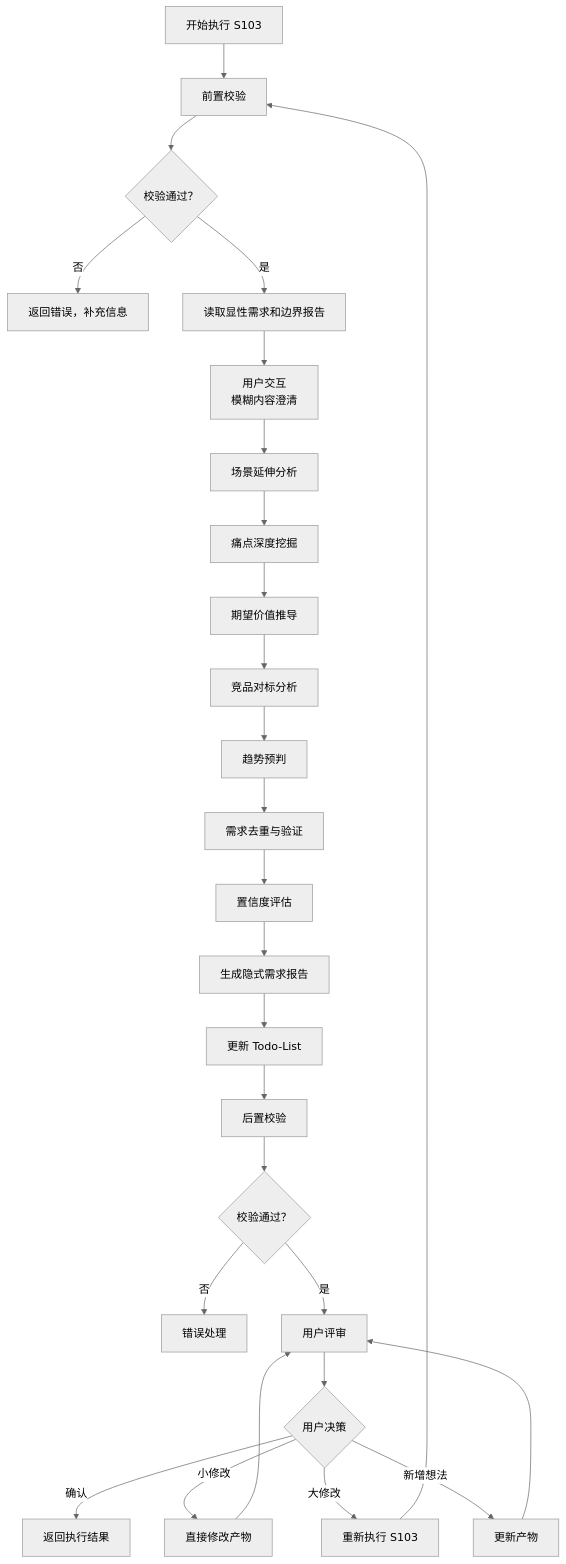
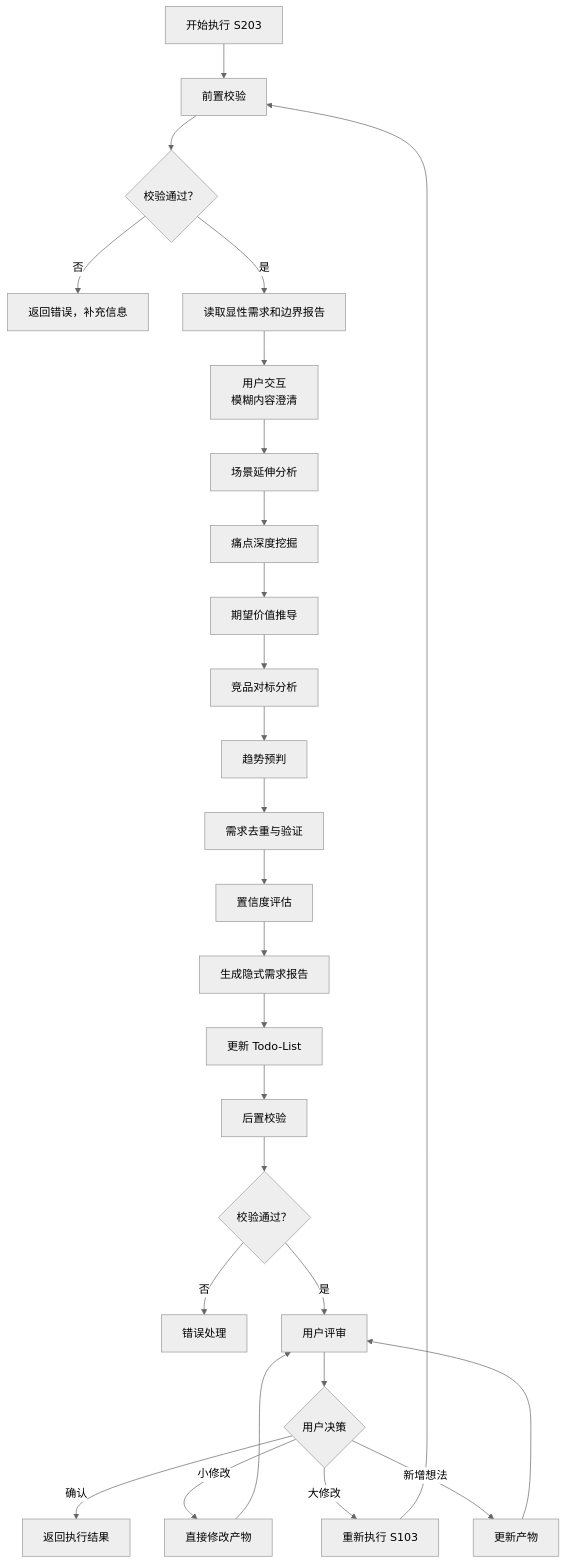
The first of 2 diagrams in skills/s2-implicit/SKILL.md (HeartFlying/swf), drawn with Mermaid (neutral theme) before and after one commit. The commit also changed other lines of this file and 10 other files, not shown here.

````diff
--- a/skills/s2-implicit/SKILL.md
+++ b/skills/s2-implicit/SKILL.md
@@ -85,29 +85,29 @@
 ```mermaid
 flowchart TD
-    Start[开始执行 S103] --> PreCheck[前置校验]
+    Start[开始执行 S203] --> PreCheck[前置校验]
     PreCheck --> CheckResult{校验通过？}
     CheckResult -->|否 | Error[返回错误，补充信息]
     CheckResult -->|是 | Read[读取显性需求和边界报告]
     Read --> Interact[用户交互<br/>模糊内容澄清]
     Interact --> Scenario[场景延伸分析]
     Scenario --> PainPoint[痛点深度挖掘]
     PainPoint --> Value[期望价值推导]
     Value --> Competitive[竞品对标分析]
     Competitive --> Trend[趋势预判]
     Trend --> Dedup[需求去重与验证]
     Dedup --> Confidence[置信度评估]
     Confidence --> GenReport[生成隐式需求报告]
     GenReport --> UpdateTodo[更新 Todo-List]
     UpdateTodo --> PostCheck[后置校验]
     PostCheck --> PostCheckResult{校验通过？}
     PostCheckResult -->|否 | HandleError[错误处理]
     PostCheckResult -->|是 | Review[用户评审]
     Review --> ReviewResult{用户决策}
     ReviewResult -->|确认 | Return[返回执行结果]
     ReviewResult -->|小修改 | Modify[直接修改产物]
     ReviewResult -->|大修改 | ReExecute[重新执行 S103]
     ReviewResult -->|新增想法 | Update[更新产物]
     Modify --> Review
     Update --> Review
     ReExecute --> PreCheck
 ```
````
